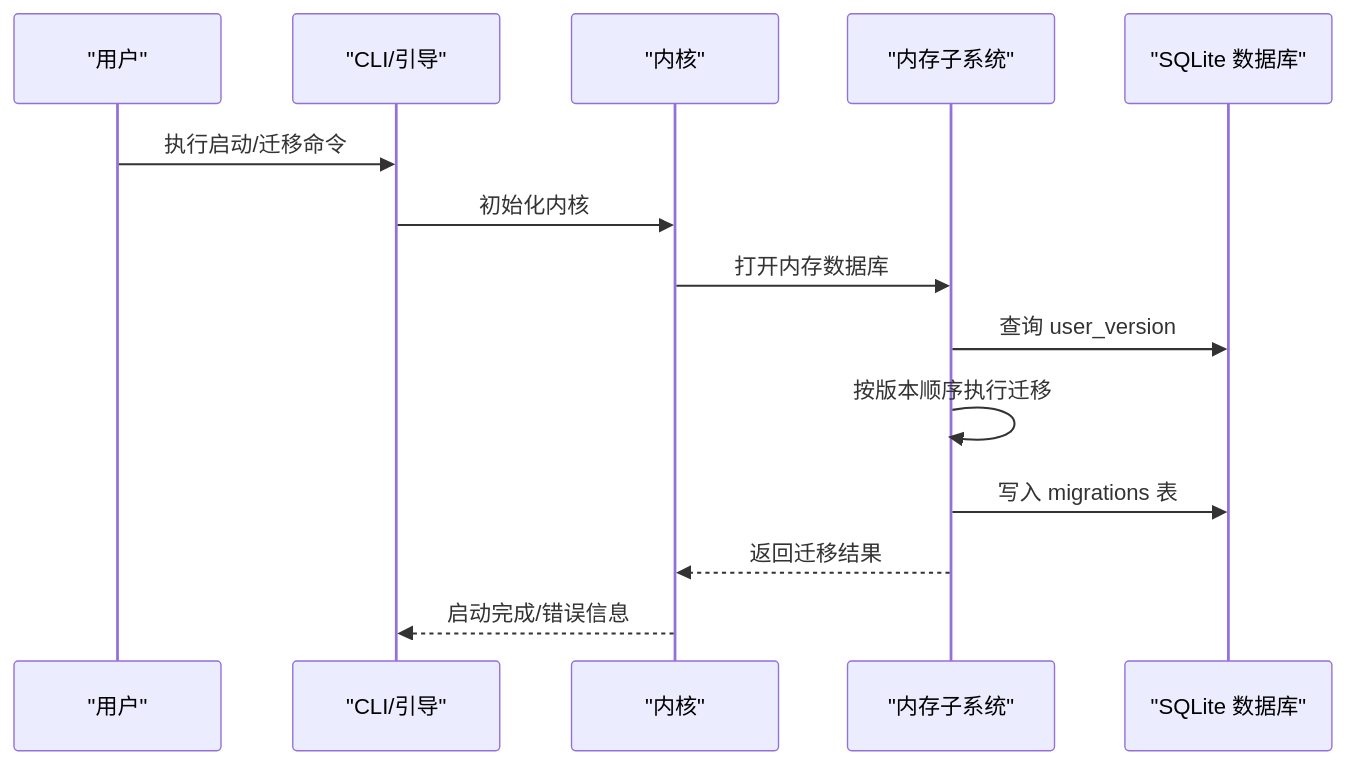
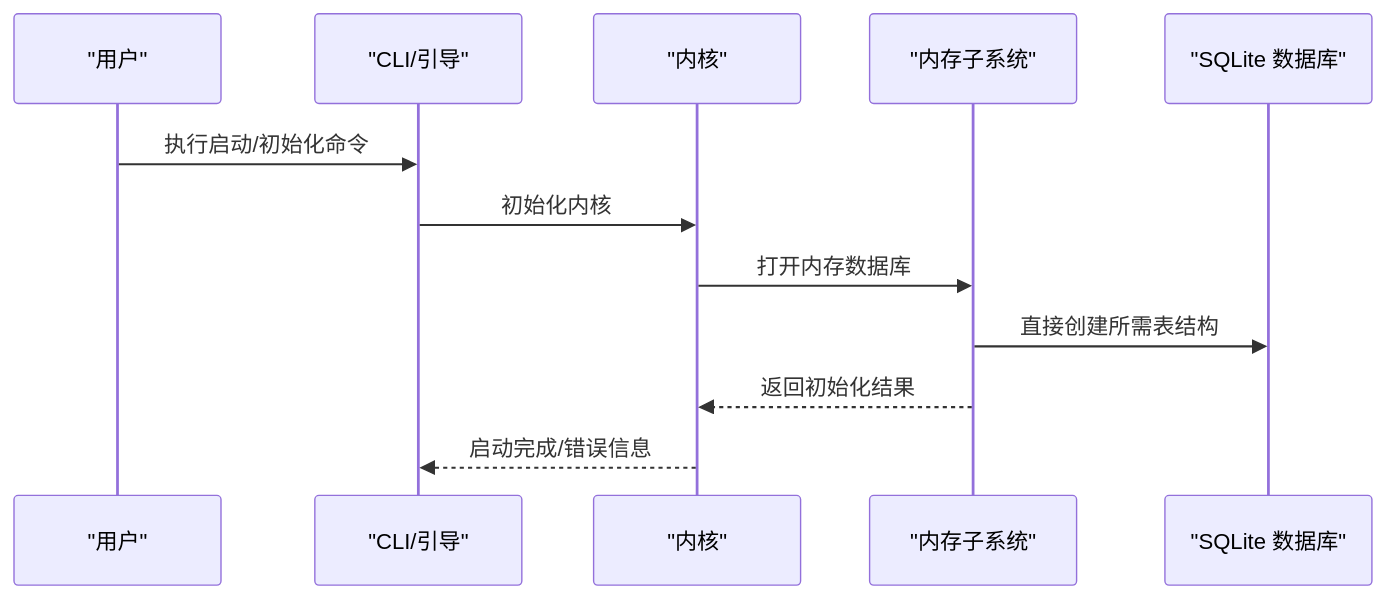
The second of 5 diagrams in .qoder/repowiki/zh/content/核心模块详解/内存子系统 (openfang-memory)/迁移系统.md (hexiaowen-bot/openfang), drawn with Mermaid before and after one commit. The commit also changed other lines of this file and 31 other files, not shown here.

````diff
--- a/.qoder/repowiki/zh/content/核心模块详解/内存子系统 (openfang-memory)/迁移系统.md
+++ b/.qoder/repowiki/zh/content/核心模块详解/内存子系统 (openfang-memory)/迁移系统.md
@@ -109,16 +117,14 @@
 ```mermaid
 sequenceDiagram
 participant User as "用户"
 participant CLI as "CLI/引导"
 participant Kernel as "内核"
 participant Memory as "内存子系统"
 participant DB as "SQLite 数据库"
-User->>CLI : 执行启动/迁移命令
+User->>CLI : 执行启动/初始化命令
 CLI->>Kernel : 初始化内核
 Kernel->>Memory : 打开内存数据库
-Memory->>DB : 查询 user_version
-Memory->>Memory : 按版本顺序执行迁移
-Memory->>DB : 写入 migrations 表
-Memory-->>Kernel : 返回迁移结果
+Memory->>DB : 直接创建所需表结构
+Memory-->>Kernel : 返回初始化结果
 Kernel-->>CLI : 启动完成/错误信息
 ```
````
